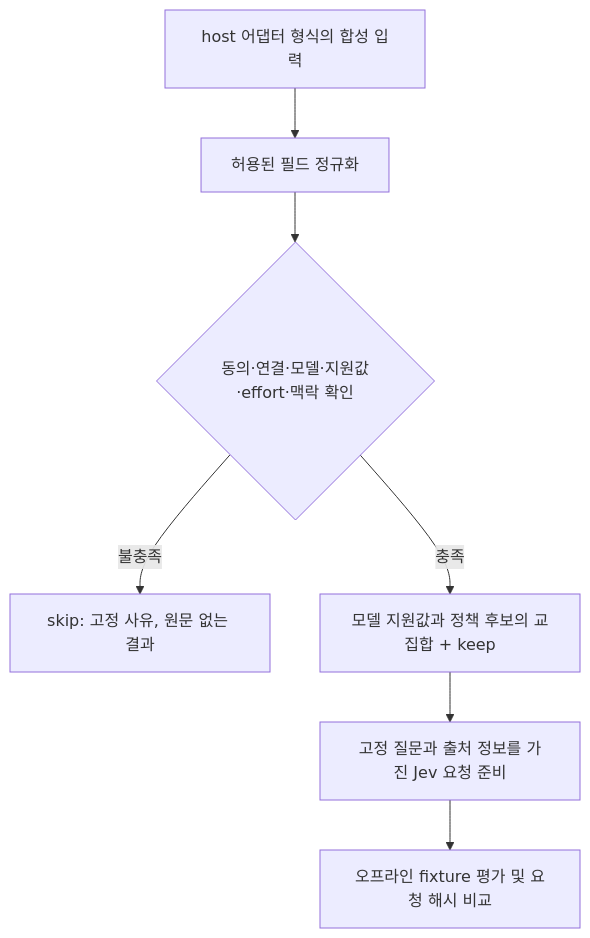
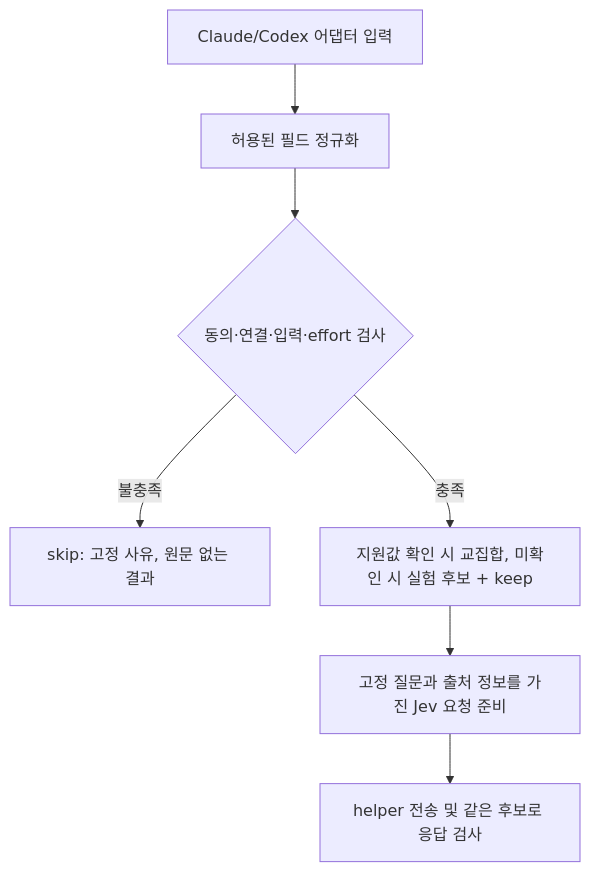
The diagram in docs/harness.md (jetsongdev/jet-router), drawn with Mermaid before and after one commit. The commit also changed other lines of this file and 18 other files, not shown here.

````diff
--- a/docs/harness.md
+++ b/docs/harness.md
@@ -52,9 +52,9 @@
 ```mermaid
 flowchart TD
-    I["host 어댑터 형식의 합성 입력"] --> N["허용된 필드 정규화"]
-    N --> G{"동의·연결·모델·지원값·effort·맥락 확인"}
+    I["Claude/Codex 어댑터 입력"] --> N["허용된 필드 정규화"]
+    N --> G{"동의·연결·입력·effort 검사"}
     G -->|불충족| S["skip: 고정 사유, 원문 없는 결과"]
-    G -->|충족| C["모델 지원값과 정책 후보의 교집합 + keep"]
+    G -->|충족| C["지원값 확인 시 교집합, 미확인 시 실험 후보 + keep"]
     C --> R["고정 질문과 출처 정보를 가진 Jev 요청 준비"]
-    R --> E["오프라인 fixture 평가 및 요청 해시 비교"]
+    R --> E["helper 전송 및 같은 후보로 응답 검사"]
 ```
````
